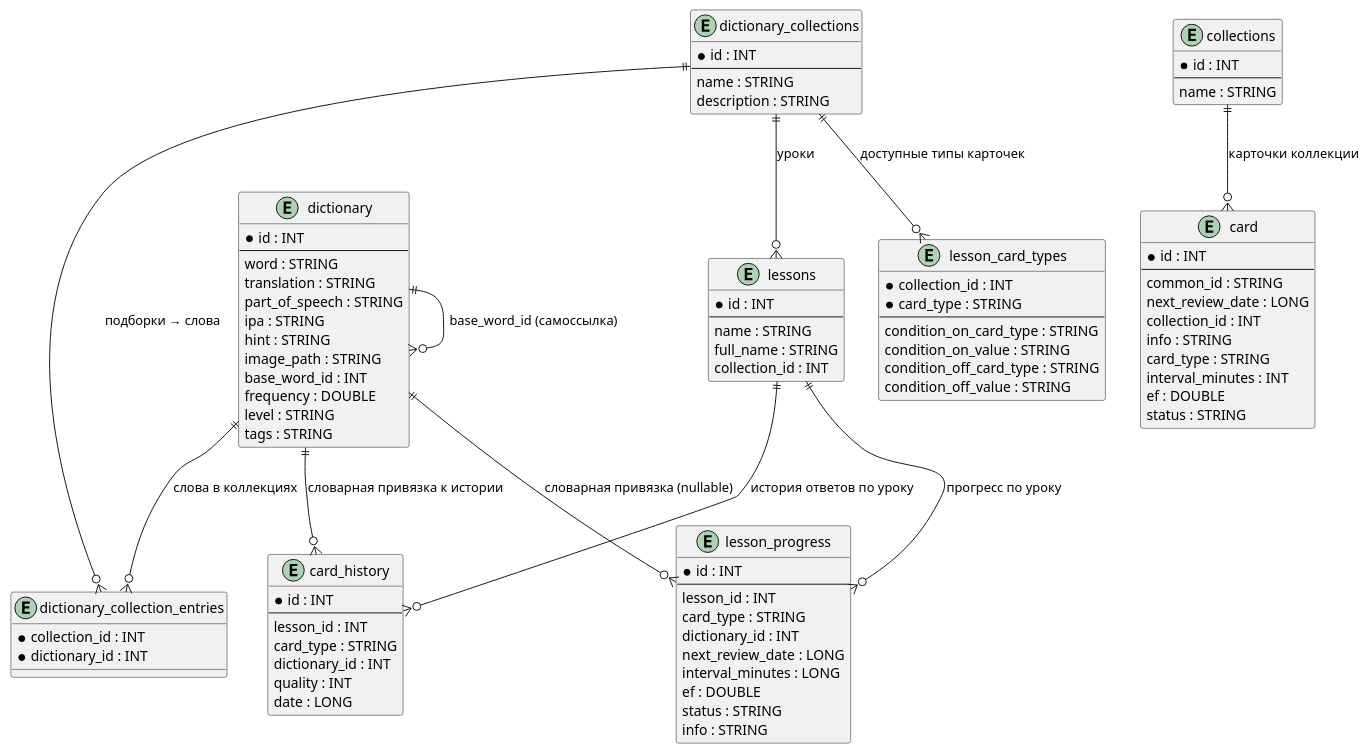
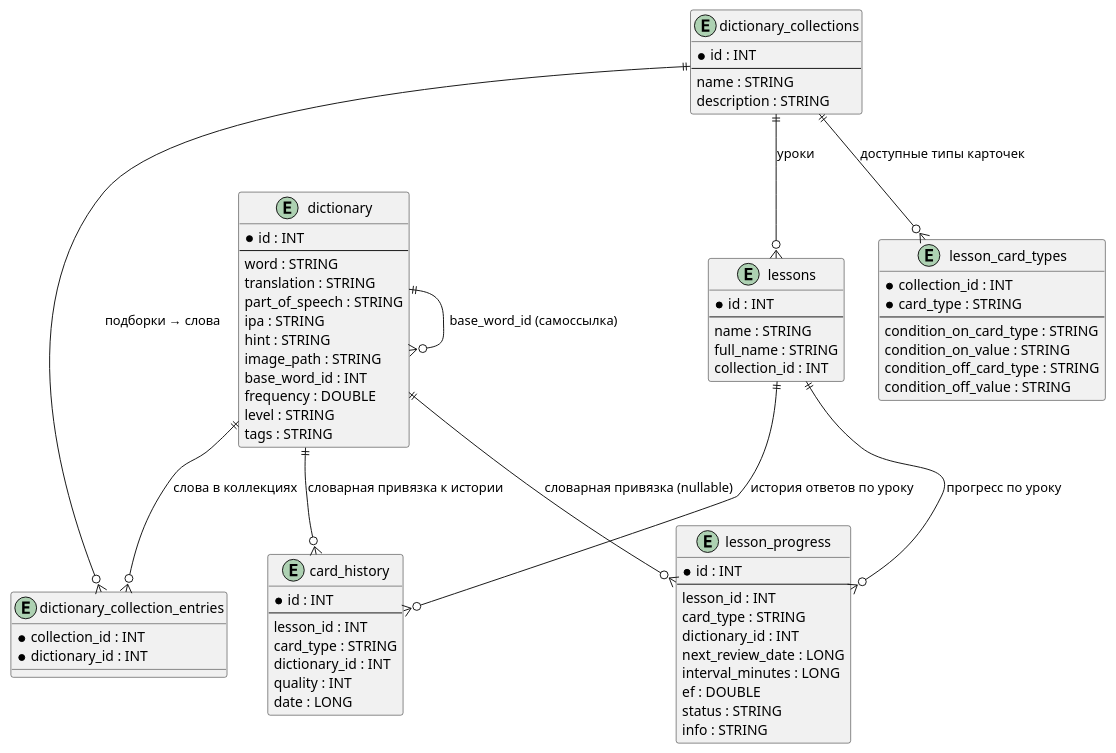
Before and after one commit to mrSaydron/Tala: the diagram in documentation/data/er_diagram.puml, drawn with PlantUML. The commit also changed 50 other files, not shown here.

```diff
--- a/documentation/data/er_diagram.puml
+++ b/documentation/data/er_diagram.puml
@@ -1,101 +1,81 @@
 @startuml
 ' ER-диаграмма Tala (PlantUML)
 
 entity dictionary {
   *id : INT
   --
   word : STRING
   translation : STRING
   part_of_speech : STRING
   ipa : STRING
   hint : STRING
   image_path : STRING
   base_word_id : INT
   frequency : DOUBLE
   level : STRING
   tags : STRING
 }
 
 entity dictionary_collections {
   *id : INT
   --
   name : STRING
   description : STRING
 }
 
 entity dictionary_collection_entries {
   *collection_id : INT
   *dictionary_id : INT
-}
-
-entity card {
-  *id : INT
-  --
-  common_id : STRING
-  next_review_date : LONG
-  collection_id : INT
-  info : STRING
-  card_type : STRING
-  interval_minutes : INT
-  ef : DOUBLE
-  status : STRING
-}
-
-entity collections {
-  *id : INT
-  --
-  name : STRING
 }
 
 entity lessons {
   *id : INT
   --
   name : STRING
   full_name : STRING
   collection_id : INT
 }
 
 entity lesson_card_types {
   *collection_id : INT
   *card_type : STRING
   --
   condition_on_card_type : STRING
   condition_on_value : STRING
   condition_off_card_type : STRING
   condition_off_value : STRING
 }
 
 entity lesson_progress {
   *id : INT
   --
   lesson_id : INT
   card_type : STRING
   dictionary_id : INT
   next_review_date : LONG
   interval_minutes : LONG
   ef : DOUBLE
   status : STRING
   info : STRING
 }
 
 entity card_history {
   *id : INT
   --
   lesson_id : INT
   card_type : STRING
   dictionary_id : INT
   quality : INT
   date : LONG
 }
 
 dictionary ||--o{ dictionary : "base_word_id (самоссылка)"
 dictionary ||--o{ dictionary_collection_entries : "слова в коллекциях"
 dictionary_collections ||--o{ dictionary_collection_entries : "подборки → слова"
 dictionary_collections ||--o{ lessons : "уроки"
 dictionary_collections ||--o{ lesson_card_types : "доступные типы карточек"
 lessons ||--o{ lesson_progress : "прогресс по уроку"
 dictionary ||--o{ lesson_progress : "словарная привязка (nullable)"
-collections ||--o{ card : "карточки коллекции"
 lessons ||--o{ card_history : "история ответов по уроку"
 dictionary ||--o{ card_history : "словарная привязка к истории"
 @enduml
```
